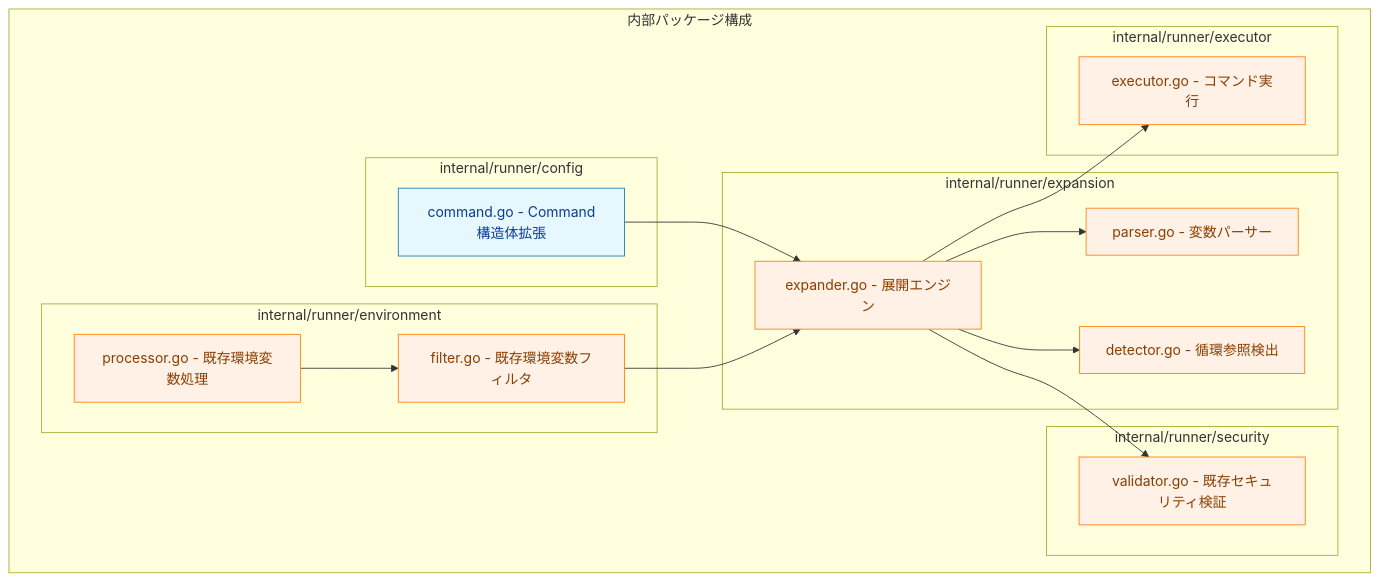
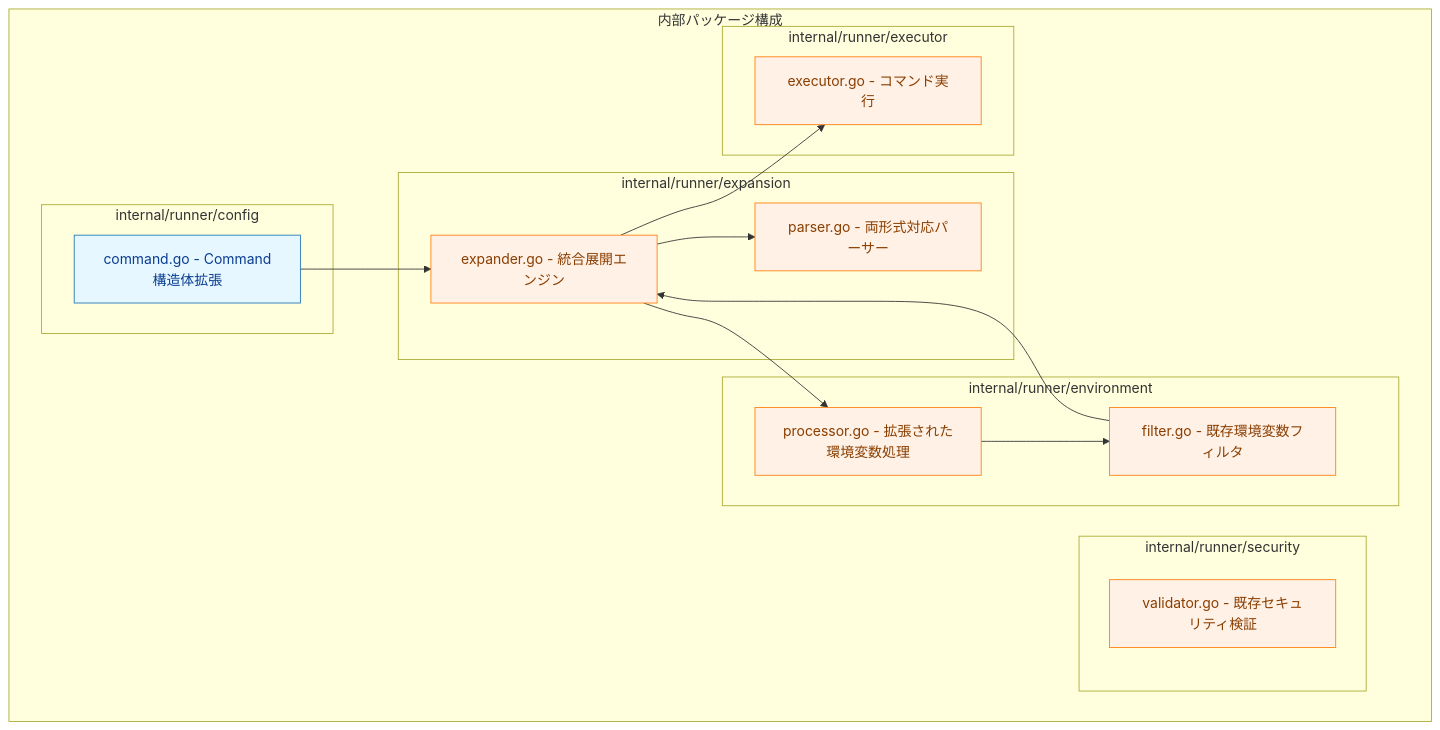
The third of 7 diagrams in docs/tasks/0026_variable_expansion/02_architecture.md (isseis/go-safe-cmd-runner), drawn with Mermaid before and after one commit. The commit also changed other lines of this file and 2 other files, not shown here.

````diff
--- a/docs/tasks/0026_variable_expansion/02_architecture.md
+++ b/docs/tasks/0026_variable_expansion/02_architecture.md
@@ -80,44 +76,42 @@
 ```mermaid
 %% Component graph with data/process coloring
 graph TB
     classDef data fill:#e6f7ff,stroke:#1f77b4,stroke-width:1px,color:#0b3d91;
     classDef process fill:#fff1e6,stroke:#ff7f0e,stroke-width:1px,color:#8a3e00;
 
     subgraph "内部パッケージ構成"
         subgraph "internal/runner/expansion"
-            A[expander.go - 展開エンジン]
-            B[parser.go - 変数パーサー]
-            D[detector.go - 循環参照検出]
+            A[expander.go - 統合展開エンジン]
+            B[parser.go - 両形式対応パーサー]
         end
 
         subgraph "internal/runner/config"
             E[command.go - Command構造体拡張]
         end
 
         subgraph "internal/runner/environment"
-            F[processor.go - 既存環境変数処理]
+            F[processor.go - 拡張された環境変数処理]
             L[filter.go - 既存環境変数フィルタ]
         end
 
         subgraph "internal/runner/security"
             C[validator.go - 既存セキュリティ検証]
         end
 
         subgraph "internal/runner/executor"
             G[executor.go - コマンド実行]
         end
     end
 
     A --> B
-    A --> C
-    A --> D
+    A --> F
     E --> A
     F --> L
     L --> A
     A --> G
 
     %% Assign classes: treat files that are primarily data as data, others as process
     class E data;
-    class A,B,D,F,L,C,G process;
+    class A,B,F,L,C,G process;
 
 ```
````
